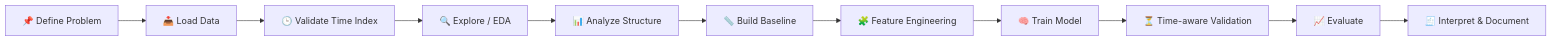
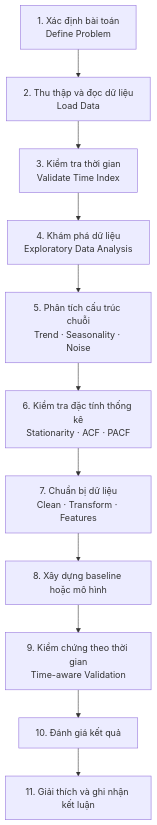
One commit to Tuvienn/TOTAL_LAB_PRACTICE_FOR_TIME_SERIES changed the diagram in README.md. Above: the diagram before and after it, drawn with Mermaid. The commit also changed other lines of this file and 29 other files, not shown here.

````diff
--- a/README.md
+++ b/README.md
@@ -167,13 +174,25 @@
 ```mermaid
-flowchart LR
-    A[📌 Define Problem] --> B[📥 Load Data]
-    B --> C[🕒 Validate Time Index]
-    C --> D[🔍 Explore / EDA]
-    D --> E[📊 Analyze Structure]
-    E --> F[📏 Build Baseline]
-    F --> G[🧩 Feature Engineering]
-    G --> H[🧠 Train Model]
-    H --> I[⏳ Time-aware Validation]
-    I --> J[📈 Evaluate]
-    J --> K[🧾 Interpret & Document]
+flowchart TD
+    A["1. Xác định bài toán<br/>Define Problem"]
+    B["2. Thu thập và đọc dữ liệu<br/>Load Data"]
+    C["3. Kiểm tra thời gian<br/>Validate Time Index"]
+    D["4. Khám phá dữ liệu<br/>Exploratory Data Analysis"]
+    E["5. Phân tích cấu trúc chuỗi<br/>Trend · Seasonality · Noise"]
+    F["6. Kiểm tra đặc tính thống kê<br/>Stationarity · ACF · PACF"]
+    G["7. Chuẩn bị dữ liệu<br/>Clean · Transform · Features"]
+    H["8. Xây dựng baseline hoặc mô hình"]
+    I["9. Kiểm chứng theo thời gian<br/>Time-aware Validation"]
+    J["10. Đánh giá kết quả"]
+    K["11. Giải thích và ghi nhận kết luận"]
+
+    A --> B
+    B --> C
+    C --> D
+    D --> E
+    E --> F
+    F --> G
+    G --> H
+    H --> I
+    I --> J
+    J --> K
 ```
````
